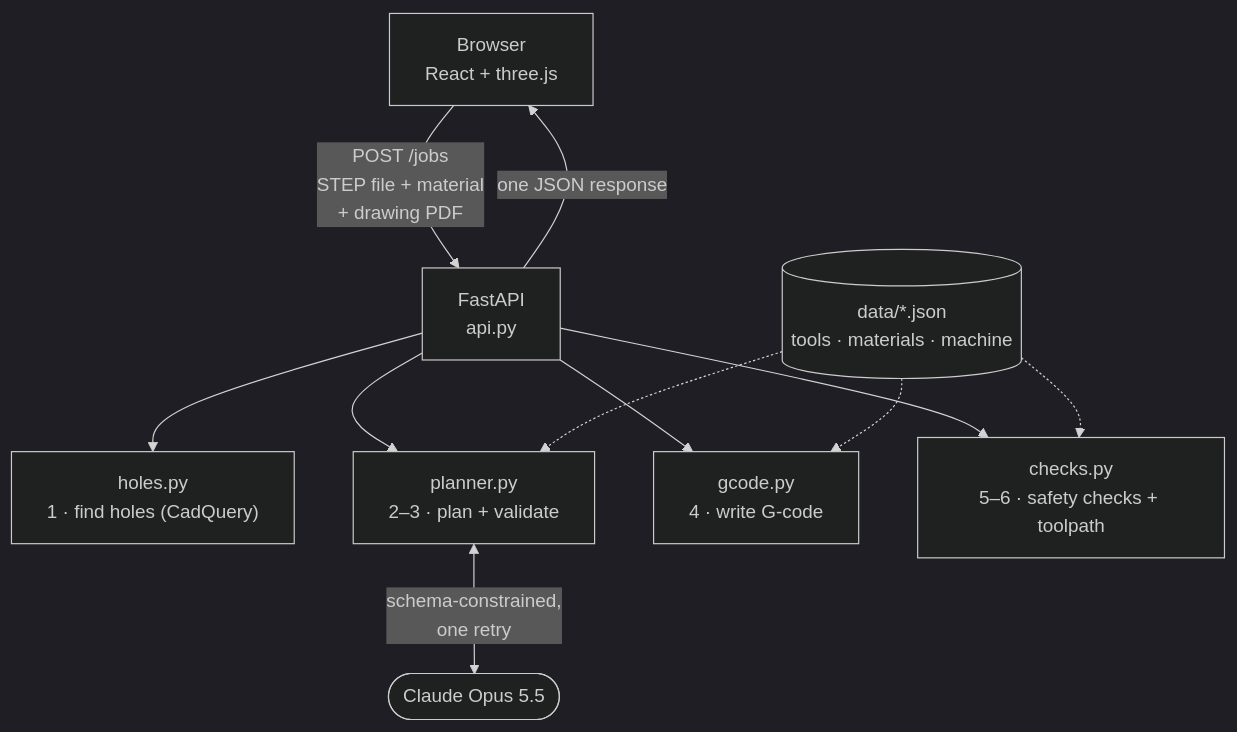
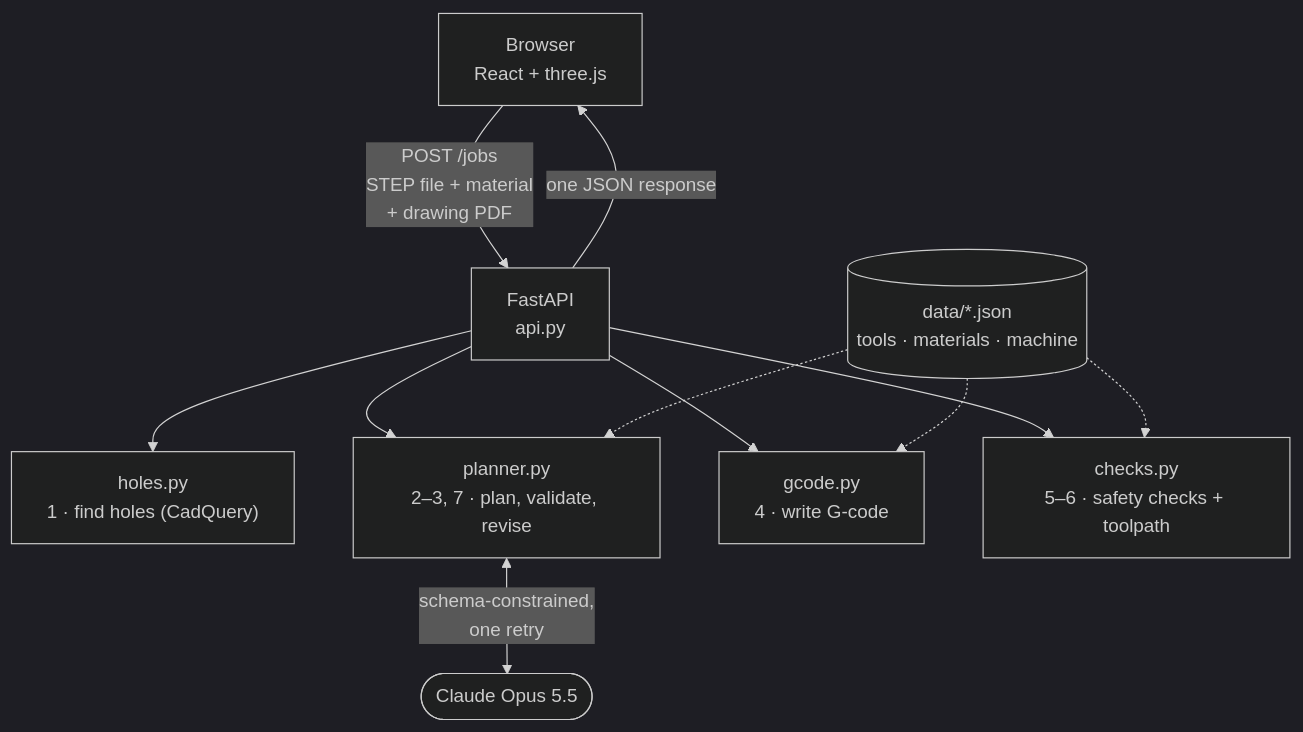
The sixth of 6 diagrams in docs/HOW-IT-WORKS.md (rrhodeswebdev/hole-cam), drawn with Mermaid (dark theme) before and after one commit. The commit also changed other lines of this file and 8 other files, not shown here.

````diff
--- a/docs/HOW-IT-WORKS.md
+++ b/docs/HOW-IT-WORKS.md
@@ -329,13 +309,13 @@
 ```mermaid
 flowchart TD
     browser["Browser<br/>React + three.js"] -->|"POST /jobs<br/>STEP file + material<br/>+ drawing PDF"| api["FastAPI<br/>api.py"]
     api --> holes["holes.py<br/>1 · find holes (CadQuery)"]
-    api --> planner["planner.py<br/>2–3 · plan + validate"]
+    api --> planner["planner.py<br/>2–3, 7 · plan, validate, revise"]
     planner <-->|"schema-constrained,<br/>one retry"| claude(["Claude Opus 5.5"])
     api --> gcode["gcode.py<br/>4 · write G-code"]
     api --> checks["checks.py<br/>5–6 · safety checks + toolpath"]
     data[("data/*.json<br/>tools · materials · machine")] -.-> planner
     data -.-> gcode
     data -.-> checks
     api -->|"one JSON response"| browser
 ```
````
